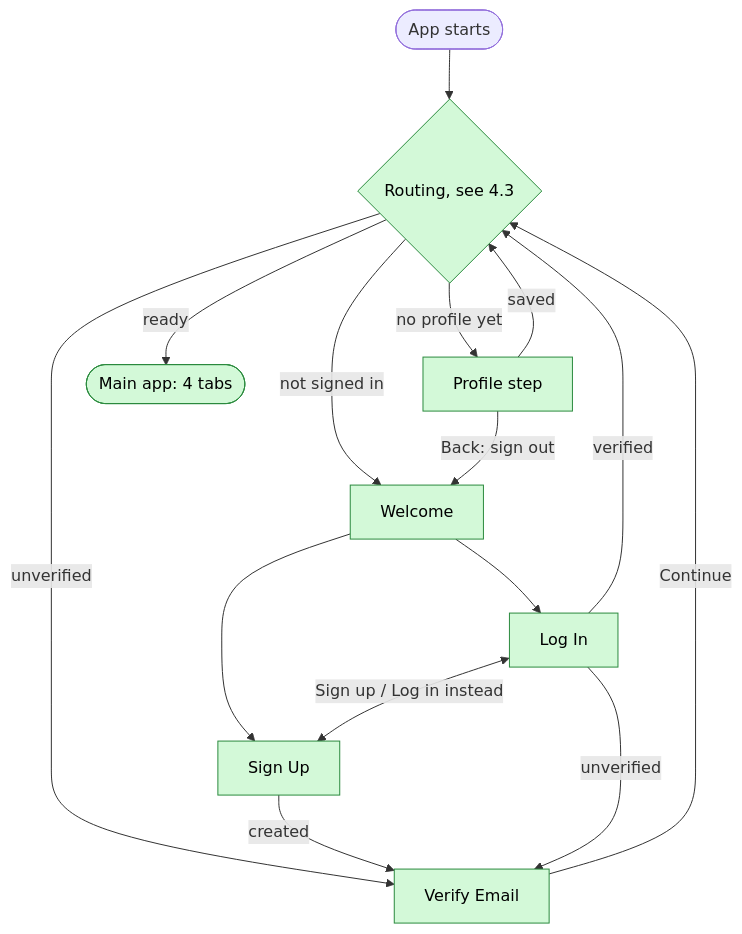
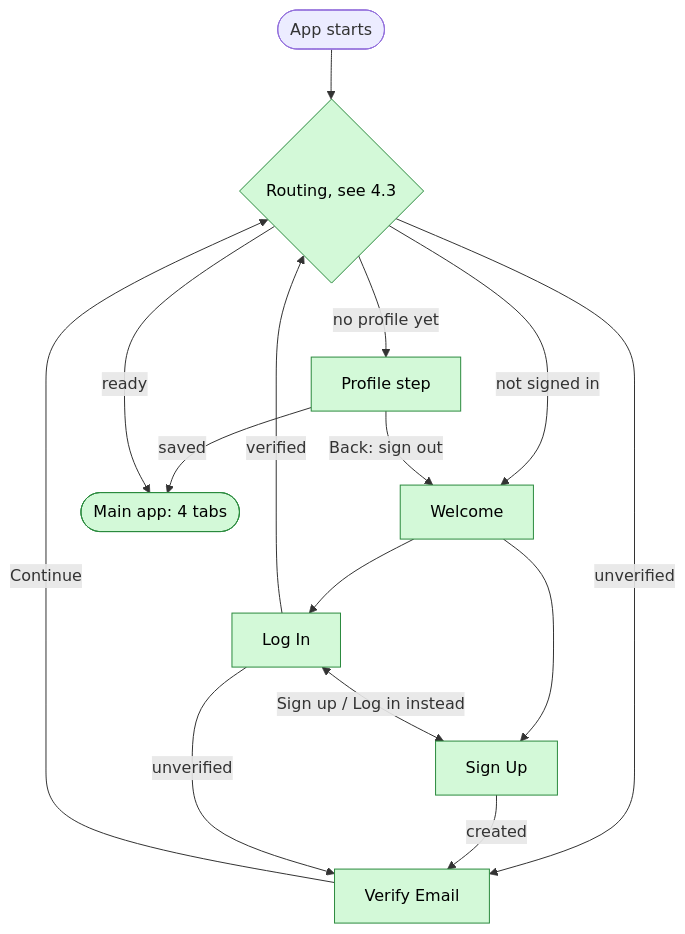
One commit to swent-polysocial/PolySocial changed the first of 11 diagrams in docs/Architecture-Diagram.md. Above: the diagram before and after it, drawn with Mermaid. The commit also changed other lines of this file and 1 other file, not shown here.

````diff
--- a/docs/Architecture-Diagram.md
+++ b/docs/Architecture-Diagram.md
@@ -49,18 +49,18 @@
 ```mermaid
 flowchart TB
   classDef s1 fill:#d3f9d8,stroke:#2b8a3e,color:#000
   start(["App starts"]) --> gate{"Routing, see 4.3"}:::s1
   gate -- "not signed in" --> welcome["Welcome"]:::s1
   welcome --> signup["Sign Up"]:::s1
   welcome --> login["Log In"]:::s1
   login <-- "Sign up / Log in instead" --> signup
   gate -- "unverified" --> verify["Verify Email"]:::s1
   signup -- "created" --> verify
   login -- "unverified" --> verify
   login -- "verified" --> gate
   verify -- "Continue" --> gate
   gate -- "no profile yet" --> profile["Profile step"]:::s1
-  profile -- "saved" --> gate
+  profile -- "saved" --> main
   profile -- "Back: sign out" --> welcome
   gate -- "ready" --> main(["Main app: 4 tabs"]):::s1
 ```
````
